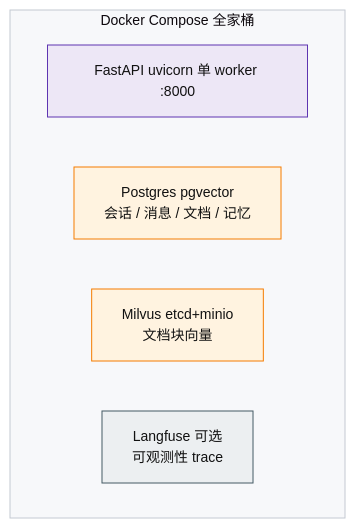
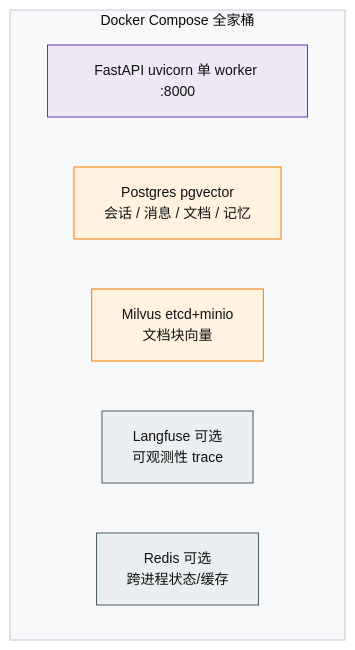
Before and after one commit to Zhuliqx/Agentchat: the diagram in docs/DEPLOYMENT.md, drawn with Mermaid. The commit also changed other lines of this file and 16 other files, not shown here.

````diff
--- a/docs/DEPLOYMENT.md
+++ b/docs/DEPLOYMENT.md
@@ -13,14 +13,15 @@
 ```mermaid
 %%{init: {"theme":"base", "themeVariables": {"primaryColor":"#ecf3ff", "primaryBorderColor":"#3b6fd4", "primaryTextColor":"#111", "lineColor":"#7a7a7a", "fontSize":"14px", "clusterBkg":"#f7f8fa", "clusterBorder":"#c4c9d2", "secondaryColor":"#fef9ef", "tertiaryColor":"#f2f7f2", "actorBkg":"#ecf3ff", "actorBorder":"#3b6fd4", "noteBkg":"#fef9ef"}}}%%
 flowchart TB
     classDef api fill:#ede7f6,stroke:#5e35b1
     classDef data fill:#efebe9,stroke:#6d4c41
     classDef rag fill:#fff3e0,stroke:#f57c00
     classDef tool fill:#eceff1,stroke:#455a64
     subgraph DC[Docker Compose 全家桶]
         A[FastAPI uvicorn 单 worker :8000]:::api
         B[Postgres pgvector<br>会话 / 消息 / 文档 / 记忆]:::rag
         C[Milvus etcd+minio<br>文档块向量]:::rag
         D[Langfuse 可选<br>可观测性 trace]:::tool
+        E[Redis 可选<br>跨进程状态/缓存]:::tool
     end
 ```
````
